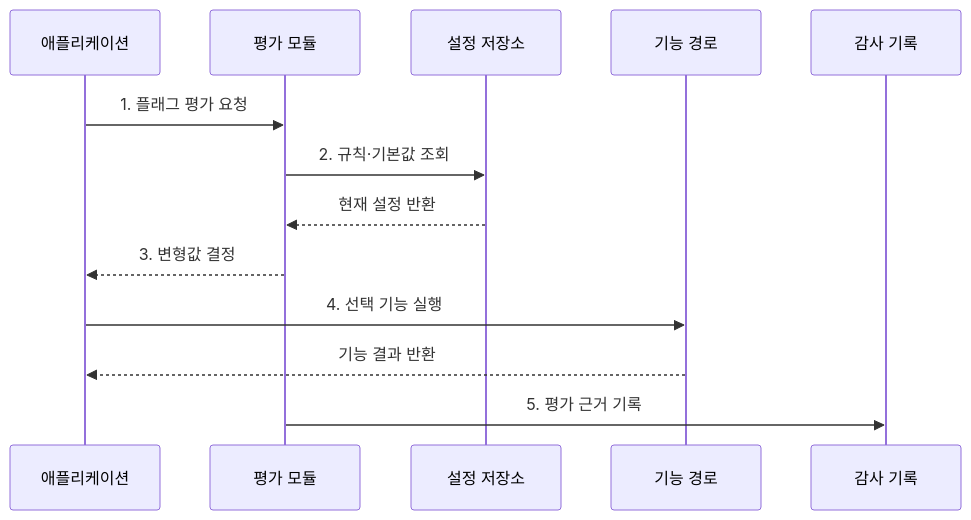
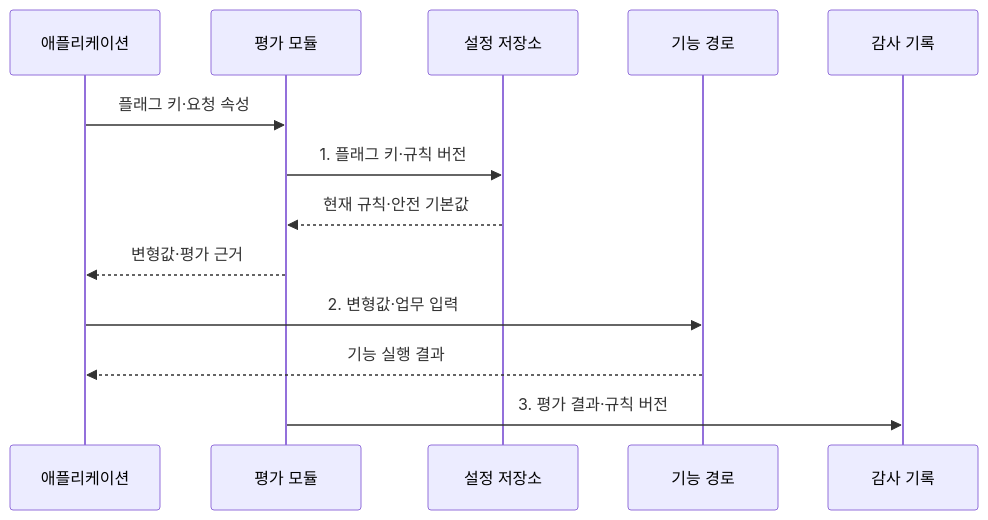
The second of 2 diagrams in src/content/docs/notes/03-software/064_feature_flag.md (agnusdei1207/knowledge-base), drawn with Mermaid before and after one commit. The commit also changed other lines of this file and 20 other files, not shown here.

````diff
--- a/src/content/docs/notes/03-software/064_feature_flag.md
+++ b/src/content/docs/notes/03-software/064_feature_flag.md
@@ -76,15 +87,15 @@
 ```mermaid
 sequenceDiagram
     participant A as 애플리케이션
     participant E as 평가 모듈
     participant S as 설정 저장소
     participant F as 기능 경로
     participant L as 감사 기록
-    A->>E: 1. 플래그 평가 요청
-    E->>S: 2. 규칙·기본값 조회
-    S-->>E: 현재 설정 반환
-    E-->>A: 3. 변형값 결정
-    A->>F: 4. 선택 기능 실행
-    F-->>A: 기능 결과 반환
-    E->>L: 5. 평가 근거 기록
+    A->>E: 플래그 키·요청 속성
+    E->>S: 1. 플래그 키·규칙 버전
+    S-->>E: 현재 규칙·안전 기본값
+    E-->>A: 변형값·평가 근거
+    A->>F: 2. 변형값·업무 입력
+    F-->>A: 기능 실행 결과
+    E->>L: 3. 평가 결과·규칙 버전
 ```
````
